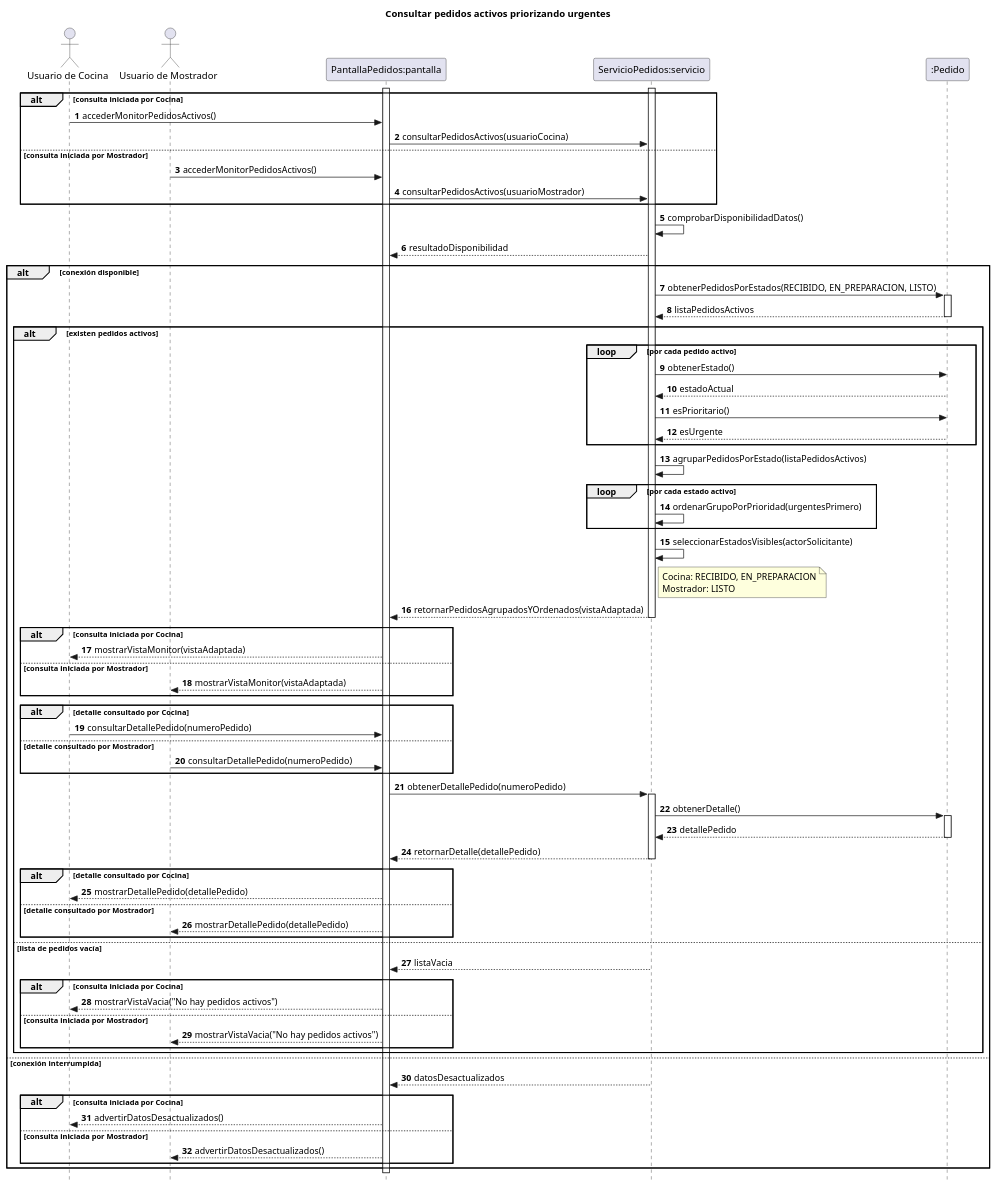
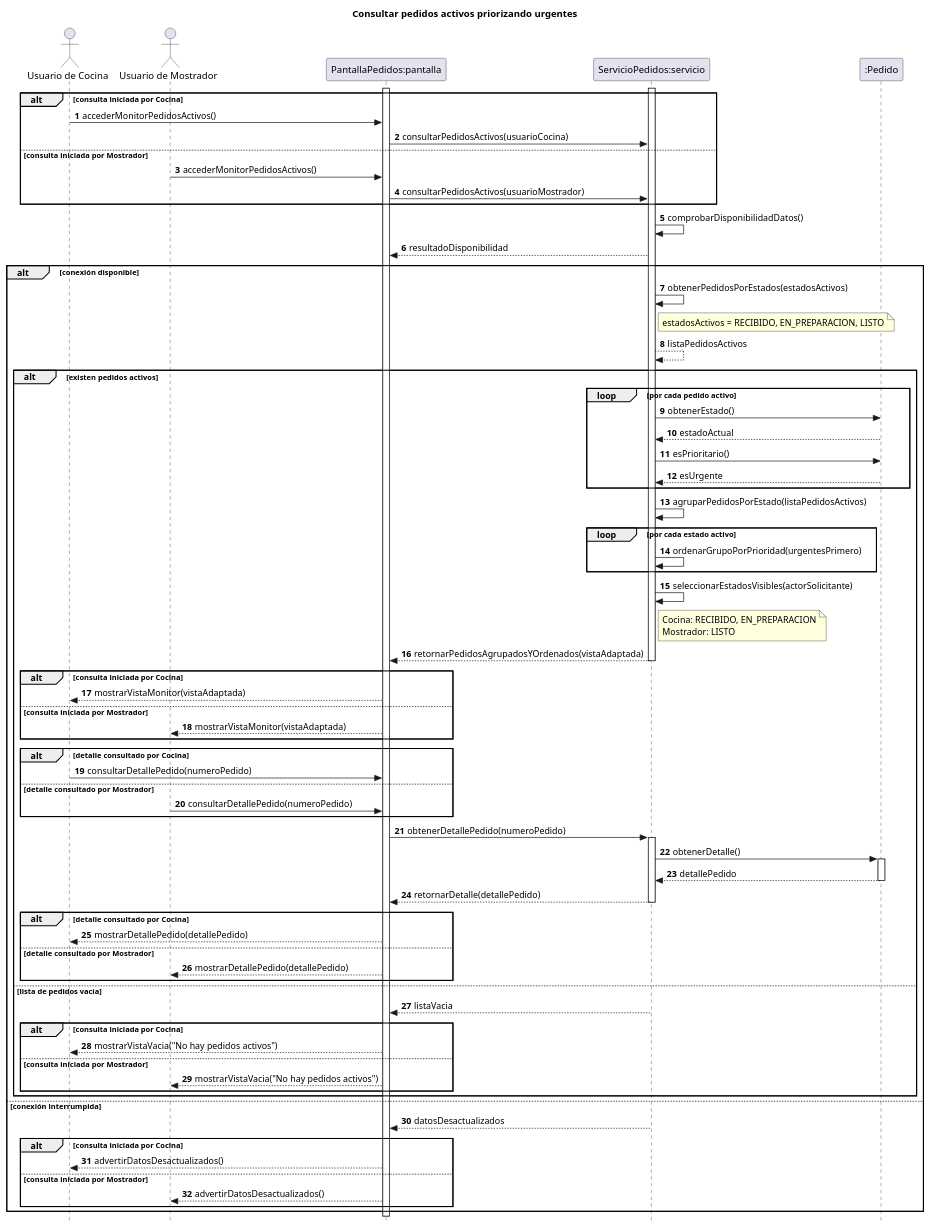
One commit to eloeyhe/SistemaPedidos changed the diagram in diagramas/05-diagramas-secuencia/05-secuencia-consultar-pedidos-activos-prioridad-urgentes-05.puml. Above: the diagram before and after it, drawn with PlantUML. The commit also changed 38 other files, not shown here.

First line of the commit message:
fix: unifico contratos de CU1 a CU5 con el diagrama final y la política de pagos (RC25, RC26, RC27, RC28, RC29, RC30)

```diff
--- a/diagramas/05-diagramas-secuencia/05-secuencia-consultar-pedidos-activos-prioridad-urgentes-05.puml
+++ b/diagramas/05-diagramas-secuencia/05-secuencia-consultar-pedidos-activos-prioridad-urgentes-05.puml
@@ -1,102 +1,103 @@
 @startuml
 title Consultar pedidos activos priorizando urgentes
 
 autonumber
 skinparam style strictuml
 hide footbox
 
 actor "Usuario de Cocina" as usuarioCocina
 actor "Usuario de Mostrador" as usuarioMostrador
 participant "PantallaPedidos:pantalla" as pantalla
 participant "ServicioPedidos:servicio" as servicio
 participant ":Pedido" as pedido
 
 activate pantalla
 alt consulta iniciada por Cocina
     usuarioCocina -> pantalla : accederMonitorPedidosActivos()
     pantalla -> servicio : consultarPedidosActivos(usuarioCocina)
 else consulta iniciada por Mostrador
     usuarioMostrador -> pantalla : accederMonitorPedidosActivos()
     pantalla -> servicio : consultarPedidosActivos(usuarioMostrador)
 end
 
 activate servicio
 servicio -> servicio : comprobarDisponibilidadDatos()
 servicio --> pantalla : resultadoDisponibilidad
 
 alt conexión disponible
-    servicio -> pedido : obtenerPedidosPorEstados(RECIBIDO, EN_PREPARACION, LISTO)
-    activate pedido
-    pedido --> servicio : listaPedidosActivos
-    deactivate pedido
+    servicio -> servicio : obtenerPedidosPorEstados(estadosActivos)
+    note right of servicio
+      estadosActivos = RECIBIDO, EN_PREPARACION, LISTO
+    end note
+    servicio --> servicio : listaPedidosActivos
 
     alt existen pedidos activos
         loop por cada pedido activo
             servicio -> pedido : obtenerEstado()
             pedido --> servicio : estadoActual
             servicio -> pedido : esPrioritario()
             pedido --> servicio : esUrgente
         end
 
         servicio -> servicio : agruparPedidosPorEstado(listaPedidosActivos)
         loop por cada estado activo
             servicio -> servicio : ordenarGrupoPorPrioridad(urgentesPrimero)
         end
 
         servicio -> servicio : seleccionarEstadosVisibles(actorSolicitante)
         note right of servicio
           Cocina: RECIBIDO, EN_PREPARACION
           Mostrador: LISTO
         end note
 
         servicio --> pantalla : retornarPedidosAgrupadosYOrdenados(vistaAdaptada)
         deactivate servicio
 
         alt consulta iniciada por Cocina
             pantalla --> usuarioCocina : mostrarVistaMonitor(vistaAdaptada)
         else consulta iniciada por Mostrador
             pantalla --> usuarioMostrador : mostrarVistaMonitor(vistaAdaptada)
         end
 
         alt detalle consultado por Cocina
             usuarioCocina -> pantalla : consultarDetallePedido(numeroPedido)
         else detalle consultado por Mostrador
             usuarioMostrador -> pantalla : consultarDetallePedido(numeroPedido)
         end
         pantalla -> servicio : obtenerDetallePedido(numeroPedido)
         activate servicio
 
         servicio -> pedido : obtenerDetalle()
         activate pedido
         pedido --> servicio : detallePedido
         deactivate pedido
 
         servicio --> pantalla : retornarDetalle(detallePedido)
         deactivate servicio
 
         alt detalle consultado por Cocina
             pantalla --> usuarioCocina : mostrarDetallePedido(detallePedido)
         else detalle consultado por Mostrador
             pantalla --> usuarioMostrador : mostrarDetallePedido(detallePedido)
         end
     else lista de pedidos vacía
         servicio --> pantalla : listaVacia
         deactivate servicio
         alt consulta iniciada por Cocina
             pantalla --> usuarioCocina : mostrarVistaVacia("No hay pedidos activos")
         else consulta iniciada por Mostrador
             pantalla --> usuarioMostrador : mostrarVistaVacia("No hay pedidos activos")
         end
     end
 else conexión interrumpida
     servicio --> pantalla : datosDesactualizados
     deactivate servicio
     alt consulta iniciada por Cocina
         pantalla --> usuarioCocina : advertirDatosDesactualizados()
     else consulta iniciada por Mostrador
         pantalla --> usuarioMostrador : advertirDatosDesactualizados()
     end
 end
 deactivate pantalla
 
 @enduml
```
